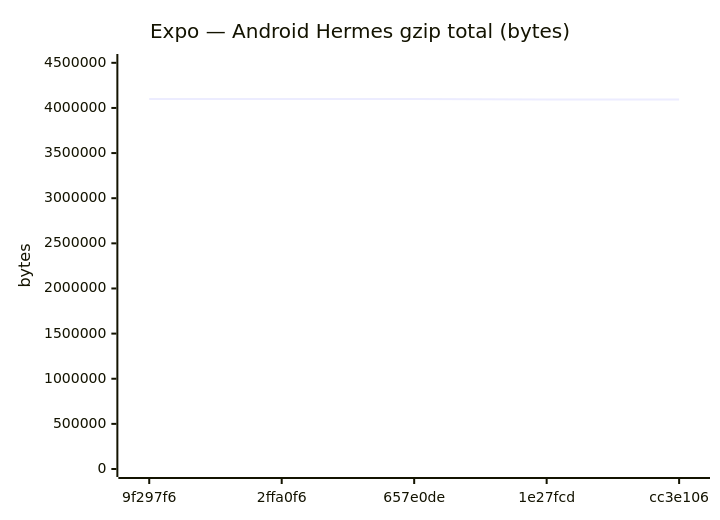
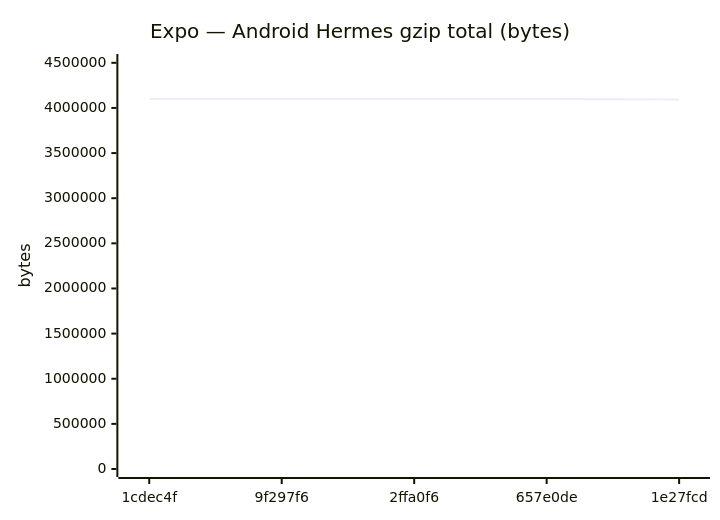
Diagram 11 of 18 in benchmarks/compare.md (Metaheurist/Rianell), drawn with Mermaid before and after one commit. The commit also changed other lines of this file and 11 other files, not shown here.

````diff
--- a/benchmarks/compare.md
+++ b/benchmarks/compare.md
@@ -172,7 +172,7 @@
 ```mermaid
 xychart-beta
     title "Expo — Android Hermes gzip total (bytes)"
-    x-axis ["9f297f6", "2ffa0f6", "657e0de", "1e27fcd", "cc3e106"]
+    x-axis ["1cdec4f", "9f297f6", "2ffa0f6", "657e0de", "1e27fcd"]
     y-axis "bytes" 0 --> 4509037
-    line [4099121, 4099124, 4098083, 4094465, 4094465]
+    line [4099120, 4099121, 4099124, 4098083, 4094465]
 ```
````
